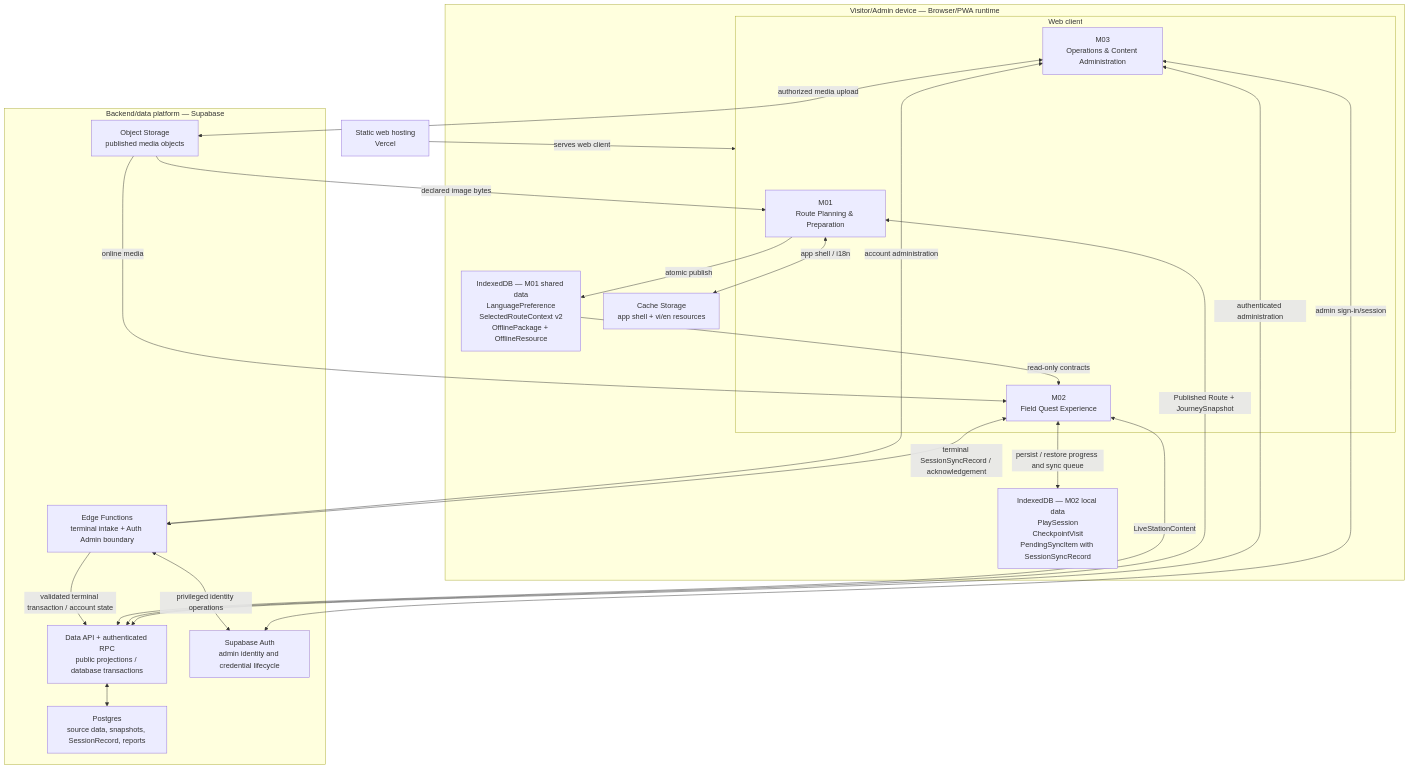
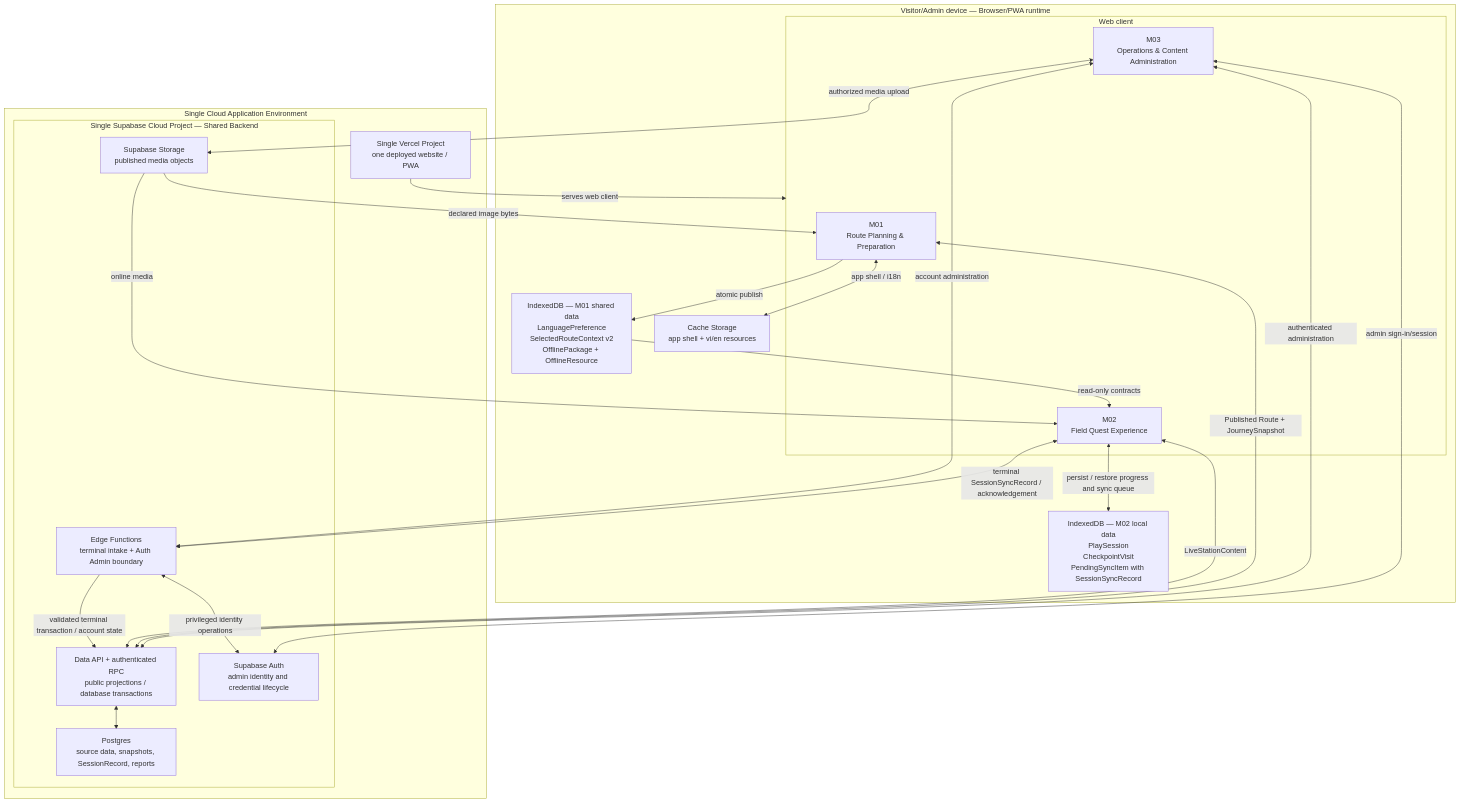
Before and after one commit to MckhueVanPhuc/Refactor-Cuc-Phuong: the diagram in docs/architecture/system-configuration.md, drawn with Mermaid. The commit also changed other lines of this file and 3 other files, not shown here.

````diff
--- a/docs/architecture/system-configuration.md
+++ b/docs/architecture/system-configuration.md
@@ -13,45 +15,47 @@
 ```mermaid
 flowchart TB
-    staticHost["Static web hosting<br/>Vercel"]
+    subgraph cloud["Single Cloud Application Environment"]
+        staticHost["Single Vercel Project<br/>one deployed website / PWA"]
+
+        subgraph backend["Single Supabase Cloud Project — Shared Backend"]
+            serviceBoundary["Data API + authenticated RPC<br/>public projections / database transactions"]
+            edge["Edge Functions<br/>terminal intake + Auth Admin boundary"]
+            auth["Supabase Auth<br/>admin identity and credential lifecycle"]
+            database["Postgres<br/>source data, snapshots, SessionRecord, reports"]
+            objectStorage["Supabase Storage<br/>published media objects"]
+        end
+    end
 
     subgraph device["Visitor/Admin device — Browser/PWA runtime"]
         subgraph webClient["Web client"]
             m01["M01<br/>Route Planning & Preparation"]
             m02["M02<br/>Field Quest Experience"]
             m03["M03<br/>Operations & Content Administration"]
         end
 
         cache["Cache Storage<br/>app shell + vi/en resources"]
         shared["IndexedDB — M01 shared data<br/>LanguagePreference<br/>SelectedRouteContext v2<br/>OfflinePackage + OfflineResource"]
         sessionStore["IndexedDB — M02 local data<br/>PlaySession<br/>CheckpointVisit<br/>PendingSyncItem with SessionSyncRecord"]
-    end
-
-    subgraph backend["Backend/data platform — Supabase"]
-        serviceBoundary["Data API + authenticated RPC<br/>public projections / database transactions"]
-        edge["Edge Functions<br/>terminal intake + Auth Admin boundary"]
-        auth["Supabase Auth<br/>admin identity and credential lifecycle"]
-        database["Postgres<br/>source data, snapshots, SessionRecord, reports"]
-        objectStorage["Object Storage<br/>published media objects"]
     end
 
     staticHost -->|"serves web client"| webClient
 
     m01 <-->|"app shell / i18n"| cache
     m01 -->|"atomic publish"| shared
     shared -->|"read-only contracts"| m02
     m02 <-->|"persist / restore progress and sync queue"| sessionStore
 
     m03 <-->|"admin sign-in/session"| auth
     m03 <-->|"authenticated administration"| serviceBoundary
     m01 <-->|"Published Route + JourneySnapshot"| serviceBoundary
     m02 <-->|"LiveStationContent"| serviceBoundary
     m02 <-->|"terminal SessionSyncRecord / acknowledgement"| edge
     m03 <-->|"account administration"| edge
     edge -->|"validated terminal transaction / account state"| serviceBoundary
     edge <-->|"privileged identity operations"| auth
 
     serviceBoundary <--> database
     m03 <-->|"authorized media upload"| objectStorage
     objectStorage -->|"declared image bytes"| m01
     objectStorage -->|"online media"| m02
 ```
````
